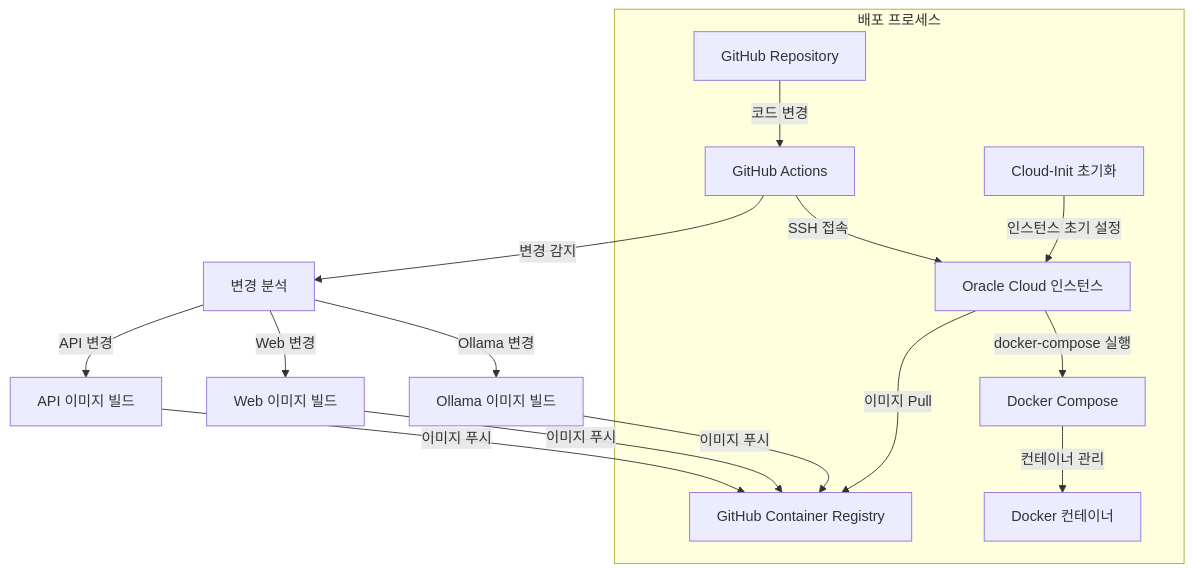
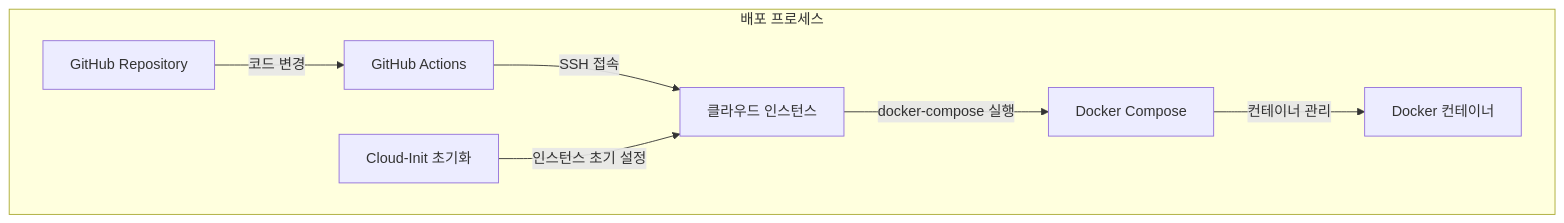
One commit to HaeSim/bot-haesim-monorepo changed the fourth of 4 diagrams in README.md. Above: the diagram before and after it, drawn with Mermaid. The commit also changed other lines of this file and 176 other files, not shown here.

Commit message:
GitHub Actions 워크플로우 파일 수정: 직접 명령어로 PayloadCMS 배포 구성

````diff
--- a/README.md
+++ b/README.md
@@ -485,26 +283,17 @@
 ```mermaid
 graph TD
     subgraph "배포 프로세스"
         GH["GitHub Repository"]
         GHA["GitHub Actions"]
-        REGISTRY["GitHub Container Registry"]
-        SERVER["Oracle Cloud 인스턴스"]
+        SERVER["클라우드 인스턴스"]
         CLOUDINIT["Cloud-Init 초기화"]
         COMPOSE["Docker Compose"]
         CONTAINERS["Docker 컨테이너"]
     end
 
     GH -->|코드 변경| GHA
-    GHA -->|변경 감지| ANALYZE[변경 분석]
-    ANALYZE -->|API 변경| BUILD_API[API 이미지 빌드]
-    ANALYZE -->|Web 변경| BUILD_WEB[Web 이미지 빌드]
-    ANALYZE -->|Ollama 변경| BUILD_OLLAMA[Ollama 이미지 빌드]
-    BUILD_API -->|이미지 푸시| REGISTRY
-    BUILD_WEB -->|이미지 푸시| REGISTRY
-    BUILD_OLLAMA -->|이미지 푸시| REGISTRY
     GHA -->|SSH 접속| SERVER
     CLOUDINIT -->|인스턴스 초기 설정| SERVER
-    SERVER -->|이미지 Pull| REGISTRY
     SERVER -->|docker-compose 실행| COMPOSE
     COMPOSE -->|컨테이너 관리| CONTAINERS
 ```
````
